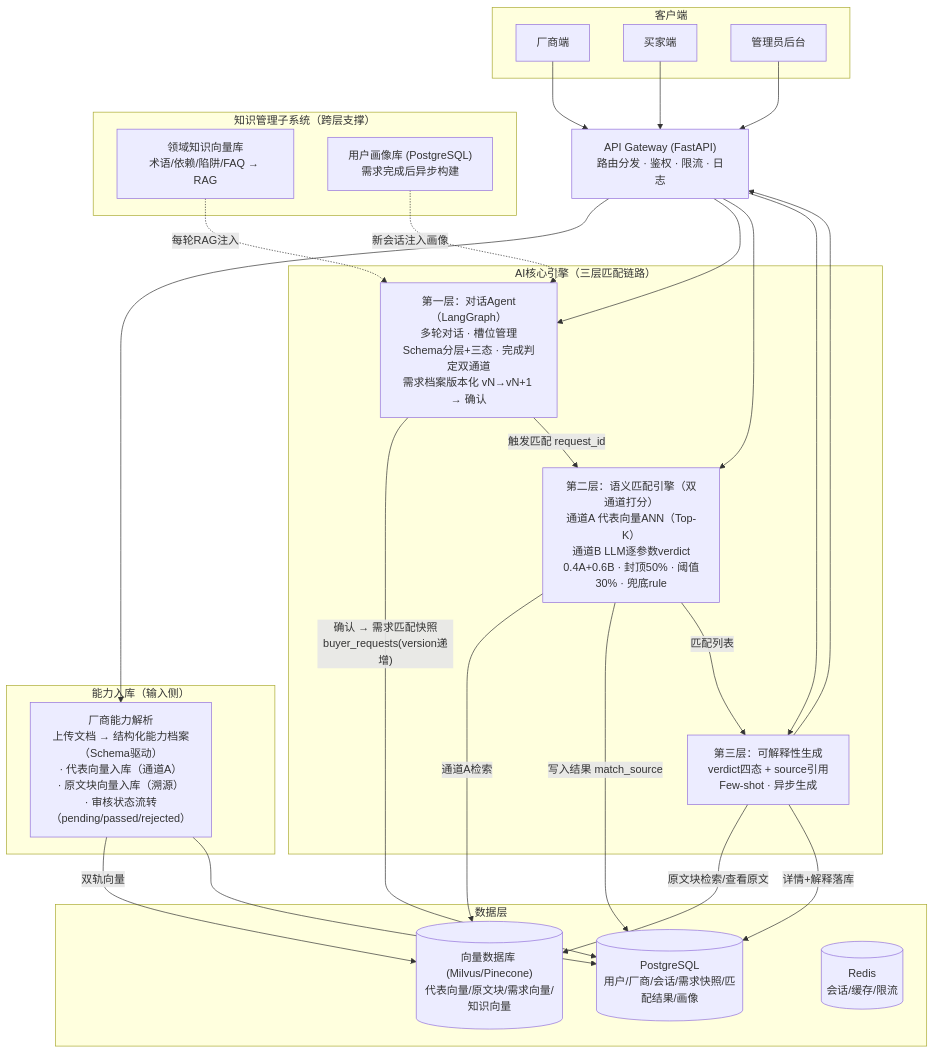
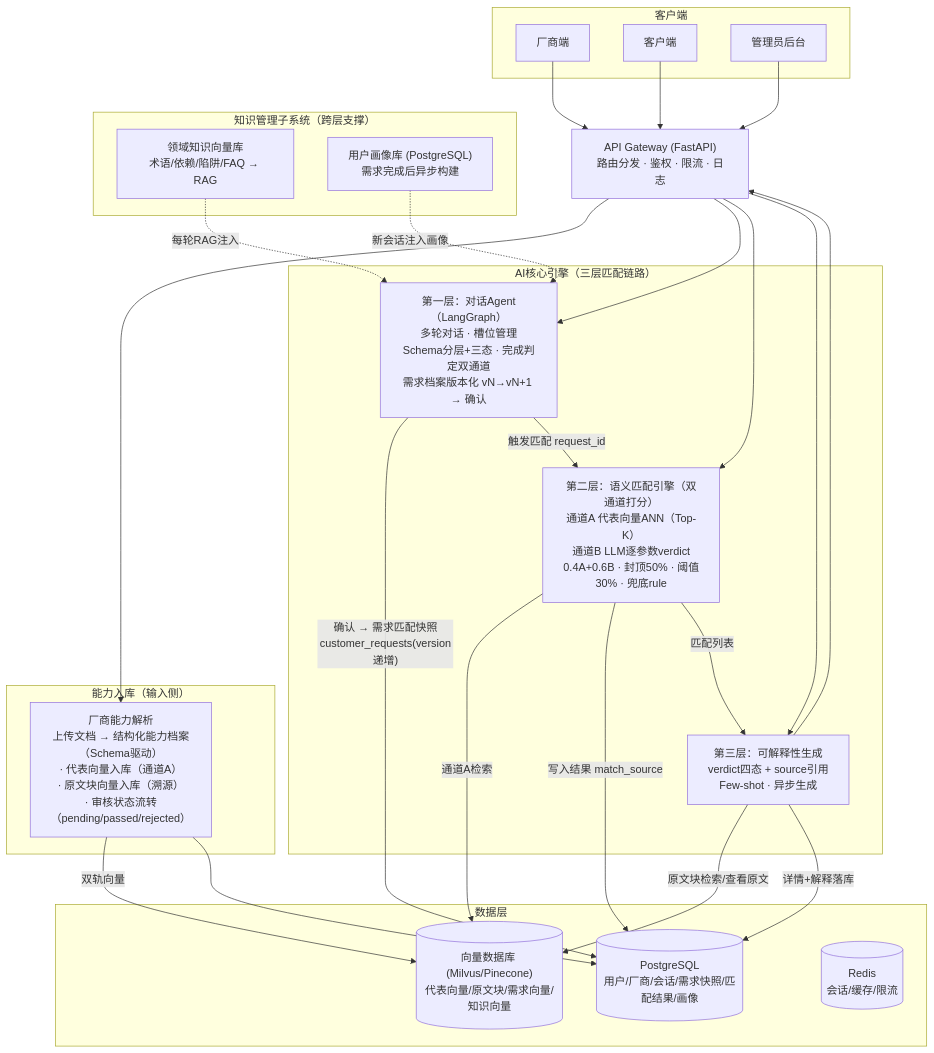
Before and after one commit to ivgotcrazy/xmsn-demo: the diagram in doc/系统/核心系统需求.md, drawn with Mermaid. The commit also changed other lines of this file and 246 other files, not shown here.

````diff
--- a/doc/系统/核心系统需求.md
+++ b/doc/系统/核心系统需求.md
@@ -177,55 +177,55 @@
 ```mermaid
 graph TB
     subgraph Client["客户端"]
         Vendor["厂商端"]
-        Buyer["买家端"]
+        customer["客户端"]
         Admin["管理员后台"]
     end
 
     GW["API Gateway (FastAPI)<br/>路由分发 · 鉴权 · 限流 · 日志"]
 
     subgraph Ingest["能力入库（输入侧）"]
         Cap["厂商能力解析<br/>上传文档 → 结构化能力档案（Schema驱动）<br/>· 代表向量入库（通道A）<br/>· 原文块向量入库（溯源）<br/>· 审核状态流转（pending/passed/rejected）"]
     end
 
     subgraph Core["AI核心引擎（三层匹配链路）"]
         DA["第一层：对话Agent（LangGraph）<br/>多轮对话 · 槽位管理<br/>Schema分层+三态 · 完成判定双通道<br/>需求档案版本化 vN→vN+1 → 确认"]
         ME["第二层：语义匹配引擎（双通道打分）<br/>通道A 代表向量ANN（Top-K）<br/>通道B LLM逐参数verdict<br/>0.4A+0.6B · 封顶50% · 阈值30% · 兜底rule"]
         EG["第三层：可解释性生成<br/>verdict四态 + source引用<br/>Few-shot · 异步生成"]
     end
 
     subgraph KMS["知识管理子系统（跨层支撑）"]
         KB["领域知识向量库<br/>术语/依赖/陷阱/FAQ → RAG"]
         UP["用户画像库 (PostgreSQL)<br/>需求完成后异步构建"]
     end
 
     subgraph DL["数据层"]
         PG[("PostgreSQL<br/>用户/厂商/会话/需求快照/匹配结果/画像")]
         VDB[("向量数据库 (Milvus/Pinecone)<br/>代表向量/原文块/需求向量/知识向量")]
         RD[("Redis<br/>会话/缓存/限流")]
     end
 
     Vendor --> GW
-    Buyer --> GW
+    customer --> GW
     Admin --> GW
 
     GW --> Cap
     GW --> DA
     GW --> ME
     GW --> EG
 
     Cap -->|"双轨向量"| VDB
     Cap --> PG
 
     KB -. "每轮RAG注入" .-> DA
     UP -. "新会话注入画像" .-> DA
 
-    DA -->|"确认 → 需求匹配快照<br/>buyer_requests(version递增)"| PG
+    DA -->|"确认 → 需求匹配快照<br/>customer_requests(version递增)"| PG
     DA -->|"触发匹配 request_id"| ME
     ME -->|"通道A检索"| VDB
     ME -->|"写入结果 match_source"| PG
     ME -->|"匹配列表"| EG
     EG -->|"原文块检索/查看原文"| VDB
     EG -->|"详情+解释落库"| PG
     EG --> GW
 ```
````
